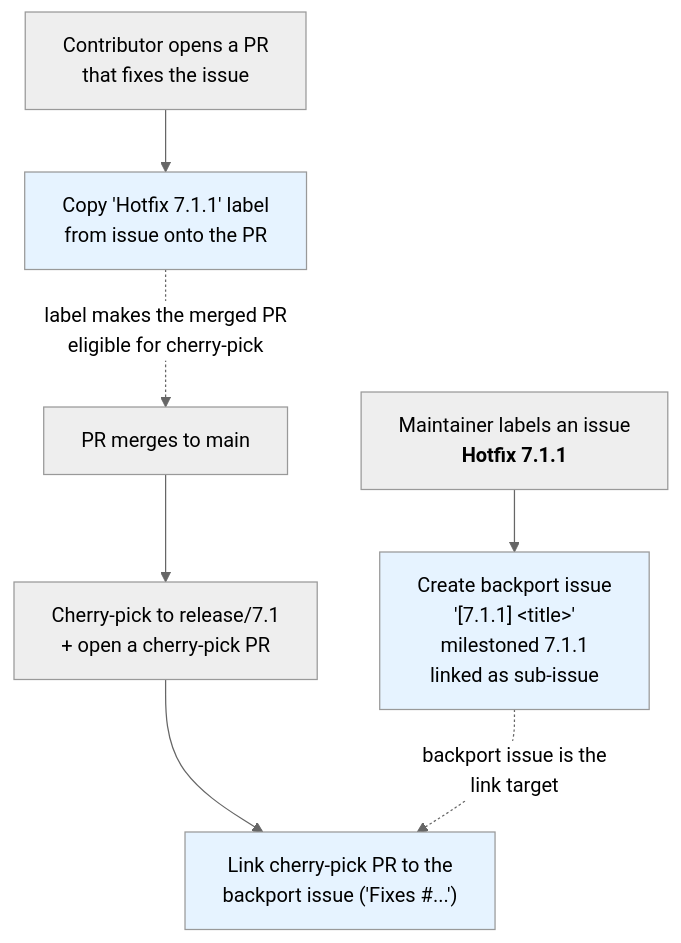
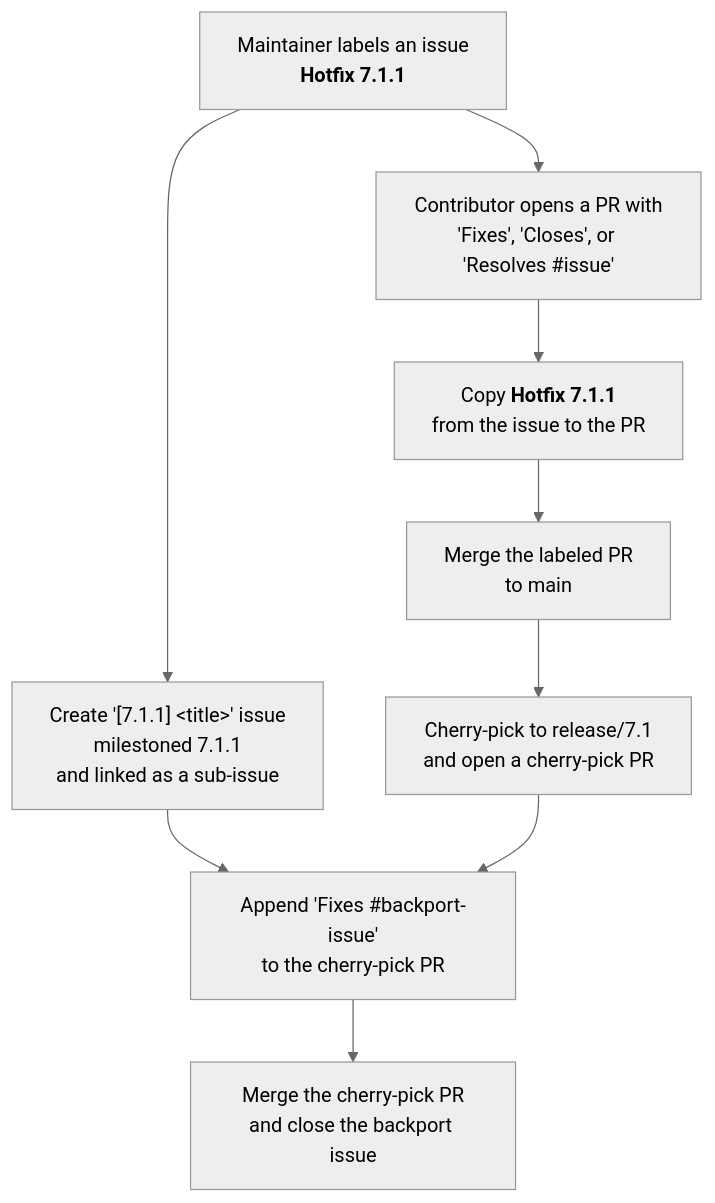
The diagram in .github/workflows/hotfix-label-automation.md (dotnet/SqlClient), drawn with Mermaid (neutral theme) before and after one commit. The commit also changed other lines of this file, not shown here.

Commit message:
Refine hotfix automation diagram

````diff
--- a/.github/workflows/hotfix-label-automation.md
+++ b/.github/workflows/hotfix-label-automation.md
@@ -7,16 +7,12 @@
 ```mermaid
 flowchart TD
-    A["Maintainer labels an issue<br/><b>Hotfix 7.1.1</b>"] --> B["Create backport issue<br/>'[7.1.1] &lt;title&gt;'<br/>milestoned 7.1.1<br/>linked as sub-issue"]
-
-    C["Contributor opens a PR<br/>that fixes the issue"] --> D["Copy 'Hotfix 7.1.1' label<br/>from issue onto the PR"]
-
-    E["PR merges to main"] --> F["Cherry-pick to release/7.1<br/>+ open a cherry-pick PR"]
-    F --> G["Link cherry-pick PR to the<br/>backport issue ('Fixes #...')"]
-
-    B -.->|"backport issue is the<br/>link target"| G
-    D -.->|"label makes the merged PR<br/>eligible for cherry-pick"| E
-
-    style B fill:#e6f3ff
-    style D fill:#e6f3ff
-    style G fill:#e6f3ff
+    A["Maintainer labels an issue<br/><b>Hotfix 7.1.1</b>"]
+    A --> B["Create '[7.1.1] &lt;title&gt;' issue<br/>milestoned 7.1.1<br/>and linked as a sub-issue"]
+    A --> C["Contributor opens a PR with<br/>'Fixes', 'Closes', or 'Resolves #issue'"]
+    C --> D["Copy <b>Hotfix 7.1.1</b><br/>from the issue to the PR"]
+    D --> E["Merge the labeled PR<br/>to main"]
+    E --> F["Cherry-pick to release/7.1<br/>and open a cherry-pick PR"]
+    B --> G["Append 'Fixes #backport-issue'<br/>to the cherry-pick PR"]
+    F --> G
+    G --> H["Merge the cherry-pick PR<br/>and close the backport issue"]
 ```
````
